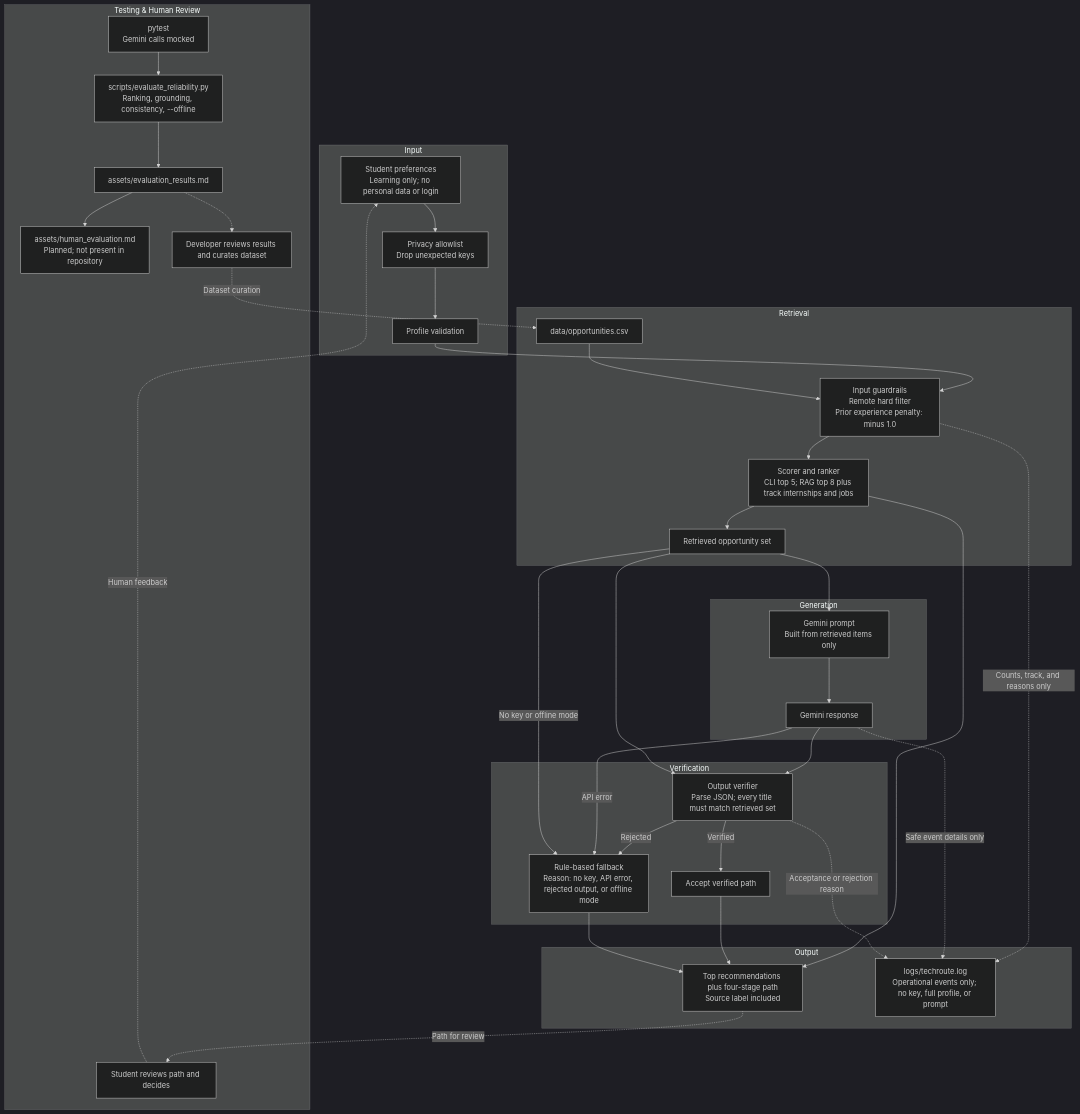
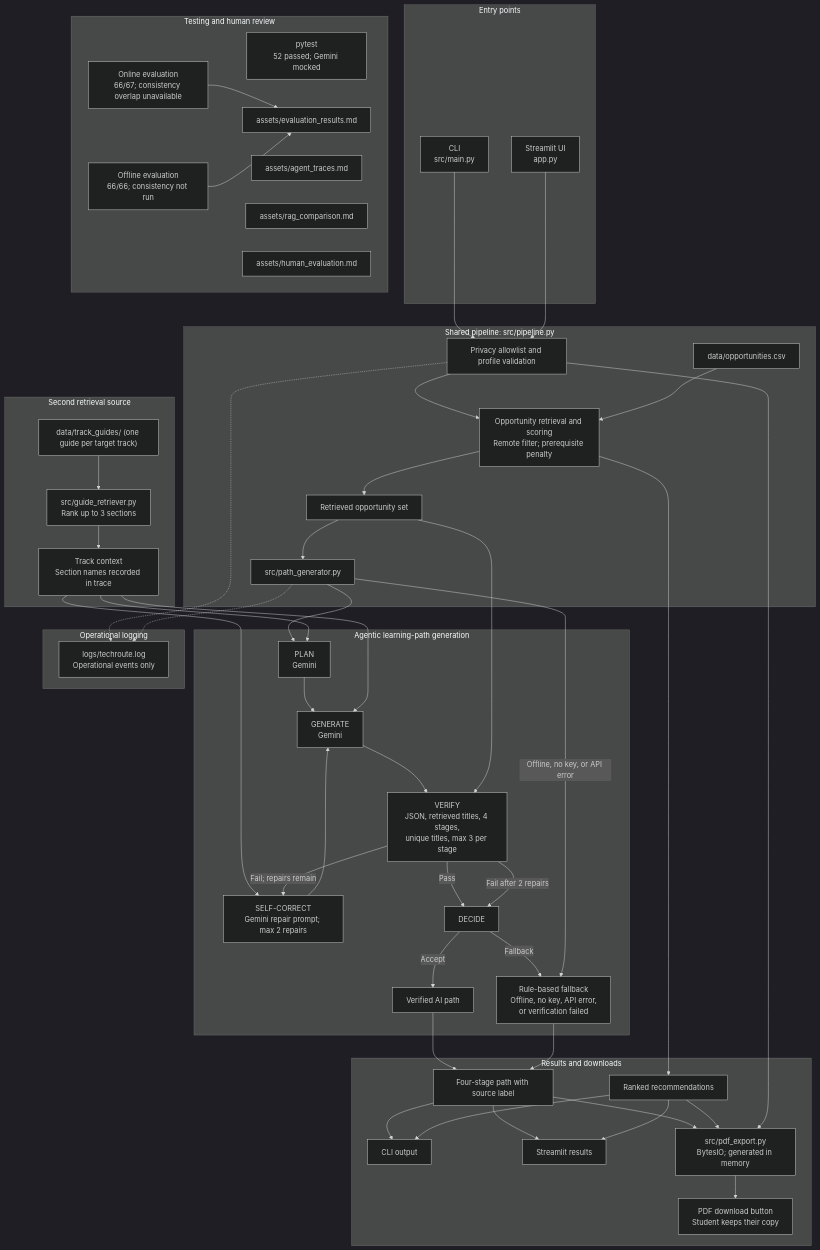
One commit to AxmadMC/techroute-recommender changed the diagram in README.md. Above: the diagram before and after it, drawn with Mermaid (dark theme). The commit also changed other lines of this file and 3 other files, not shown here.

````diff
--- a/README.md
+++ b/README.md
@@ -19,64 +19,81 @@
 ```mermaid
-%% TechRoute Recommender architecture
 flowchart TD
-    subgraph Input["Input"]
-        student["Student preferences<br/>Learning only; no personal data or login"]
-        privacy["Privacy allowlist<br/>Drop unexpected keys"]
-        validation["Profile validation"]
-        student --> privacy --> validation
+    subgraph Entry_Points["Entry points"]
+        cli["CLI<br/>src/main.py"]
+        ui["Streamlit UI<br/>app.py"]
     end
-
-    subgraph Retrieval["Retrieval"]
-        dataset["data/opportunities.csv"]
-        guardrails["Input guardrails<br/>Remote hard filter<br/>Prior experience penalty: minus 1.0"]
-        ranker["Scorer and ranker<br/>CLI top 5; RAG top 8 plus track internships and jobs"]
+    subgraph Shared_Pipeline["Shared pipeline: src/pipeline.py"]
+        profile["Privacy allowlist and profile validation"]
+        opportunity_data["data/opportunities.csv"]
+        opportunity_retrieval["Opportunity retrieval and scoring<br/>Remote filter; prerequisite penalty"]
         retrieved["Retrieved opportunity set"]
-        validation --> guardrails
-        dataset --> guardrails --> ranker --> retrieved
+        path_generator["src/path_generator.py"]
+        cli --> profile
+        ui --> profile
+        profile --> opportunity_retrieval
+        opportunity_data --> opportunity_retrieval --> retrieved
+        retrieved --> path_generator
     end
-
-    subgraph Generation["Generation"]
-        prompt["Gemini prompt<br/>Built from retrieved items only"]
-        gemini["Gemini response"]
-        retrieved --> prompt --> gemini
+    subgraph Track_Guides["Second retrieval source"]
+        guide_files["data/track_guides/ (one guide per target track)"]
+        guide_retriever["src/guide_retriever.py<br/>Rank up to 3 sections"]
+        track_context["Track context<br/>Section names recorded in trace"]
+        guide_files --> guide_retriever --> track_context
     end
-
-    subgraph Verification["Verification"]
-        verifier["Output verifier<br/>Parse JSON; every title must match retrieved set"]
-        accepted["Accept verified path"]
-        fallback["Rule-based fallback<br/>Reason: no key, API error, rejected output, or offline mode"]
-        gemini --> verifier
-        retrieved --> verifier
-        verifier -->|"Verified"| accepted
-        verifier -->|"Rejected"| fallback
-        gemini -->|"API error"| fallback
-        retrieved -->|"No key or offline mode"| fallback
+    subgraph Agent["Agentic learning-path generation"]
+        plan["PLAN<br/>Gemini"]
+        generate["GENERATE<br/>Gemini"]
+        verify["VERIFY<br/>JSON, retrieved titles, 4 stages,<br/>unique titles, max 3 per stage"]
+        correct["SELF-CORRECT<br/>Gemini repair prompt; max 2 repairs"]
+        decide["DECIDE"]
+        accepted["Verified AI path"]
+        fallback["Rule-based fallback<br/>Offline, no key, API error,<br/>or verification failed"]
+        path_generator --> plan --> generate --> verify
+        track_context --> plan
+        track_context --> generate
+        track_context --> correct
+        retrieved --> verify
+        verify -->|"Pass"| decide
+        verify -->|"Fail; repairs remain"| correct
+        correct --> generate
+        verify -->|"Fail after 2 repairs"| decide
+        decide -->|"Accept"| accepted
+        decide -->|"Fallback"| fallback
+        path_generator -->|"Offline, no key, or API error"| fallback
     end
-
-    subgraph Output["Output"]
-        cli_output["Top recommendations plus four-stage path<br/>Source label included"]
-        logs["logs/techroute.log<br/>Operational events only; no key, full profile, or prompt"]
-        ranker --> cli_output
-        accepted --> cli_output
-        fallback --> cli_output
+    subgraph Outputs["Results and downloads"]
+        recommendations["Ranked recommendations"]
+        route["Four-stage path with source label"]
+        cli_output["CLI output"]
+        ui_output["Streamlit results"]
+        pdf["src/pdf_export.py<br/>BytesIO; generated in memory"]
+        download["PDF download button<br/>Student keeps their copy"]
+        opportunity_retrieval --> recommendations
+        accepted --> route
+        fallback --> route
+        route --> cli_output
+        route --> ui_output
+        recommendations --> cli_output
+        recommendations --> ui_output
+        route --> pdf
+        recommendations --> pdf
+        profile --> pdf
+        pdf --> download
     end
-
-    subgraph Testing_Human_Review["Testing & Human Review"]
-        pytest["pytest<br/>Gemini calls mocked"]
-        evaluation["scripts/evaluate_reliability.py<br/>Ranking, grounding, consistency, --offline"]
+    subgraph Evidence["Testing and human review"]
+        tests["pytest<br/>52 passed; Gemini mocked"]
+        online["Online evaluation<br/>66/67; consistency overlap unavailable"]
+        offline["Offline evaluation<br/>66/66; consistency not run"]
         results["assets/evaluation_results.md"]
-        human_notes["assets/human_evaluation.md<br/>Planned; not present in repository"]
-        developer["Developer reviews results and curates dataset"]
-        student_review["Student reviews path and decides"]
-        pytest --> evaluation --> results
-        results --> human_notes
-        results -.-> developer
+        traces["assets/agent_traces.md"]
+        rag["assets/rag_comparison.md"]
+        human["assets/human_evaluation.md"]
+        online --> results
+        offline --> results
     end
-
-    guardrails -.->|"Counts, track, and reasons only"| logs
-    gemini -.->|"Safe event details only"| logs
-    verifier -.->|"Acceptance or rejection reason"| logs
-    cli_output -.->|"Path for review"| student_review
-    student_review -.->|"Human feedback"| student
-    developer -.->|"Dataset curation"| dataset
+    subgraph Operations["Operational logging"]
+        logs["logs/techroute.log<br/>Operational events only"]
+    end
+    profile -.-> logs
+    path_generator -.-> logs
 ```
````
